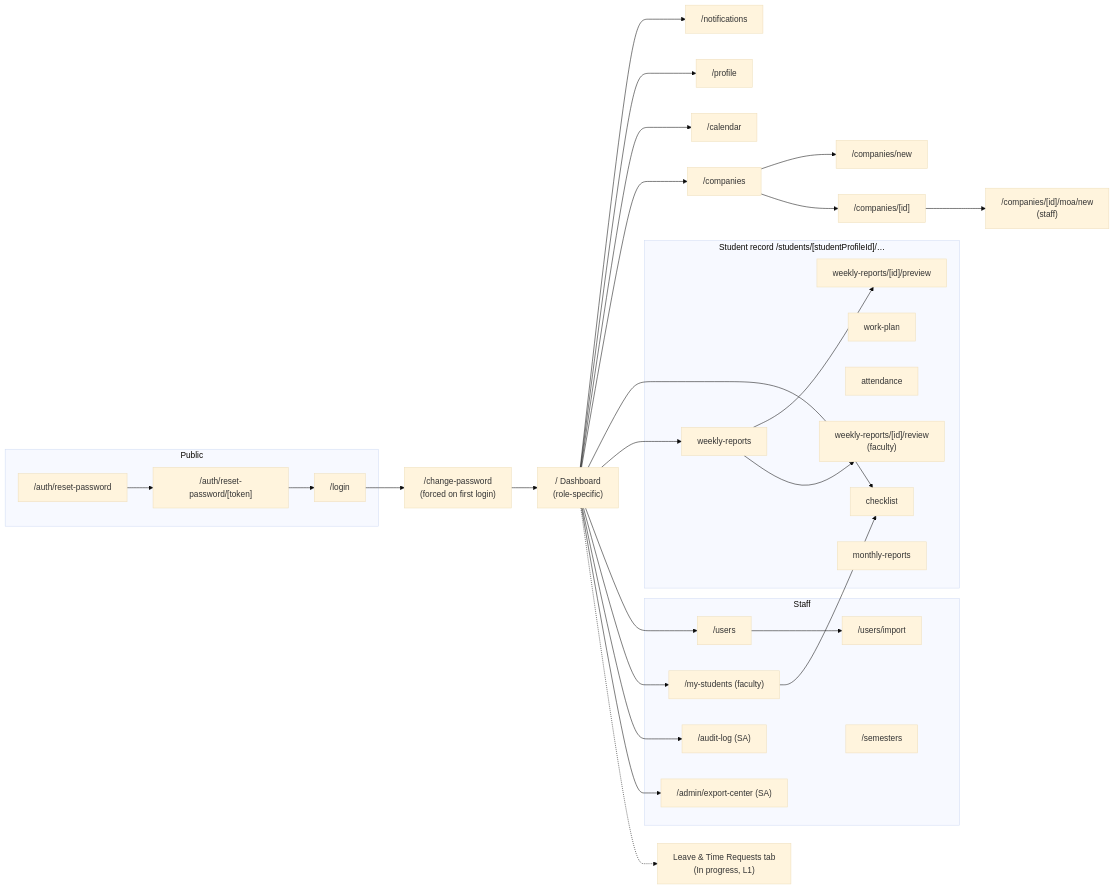
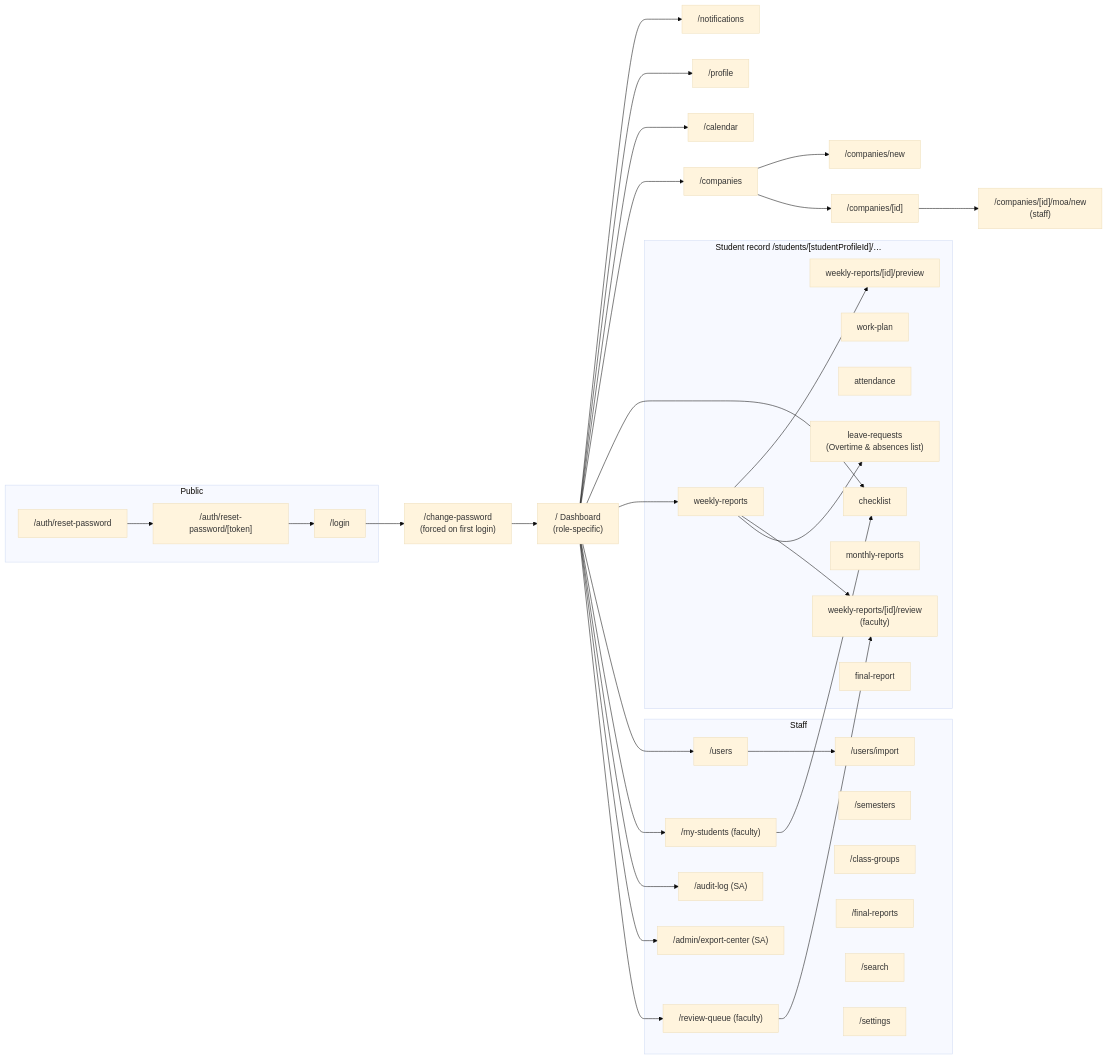
One commit to team-beacon-slu/idsms-cis changed the first of 21 diagrams in docs/system/13-app-flow.md. Above: the diagram before and after it, drawn with Mermaid (base theme). The commit also changed other lines of this file and 21 other files, not shown here.

````diff
--- a/docs/system/13-app-flow.md
+++ b/docs/system/13-app-flow.md
@@ -38,53 +47,60 @@
 ```mermaid
 graph LR
     subgraph Public
         L["/login"]
         RP["/auth/reset-password"]
         RPT["/auth/reset-password/[token]"]
     end
     CP["/change-password<br/>(forced on first login)"]
     L --> CP
     RP --> RPT --> L
     CP --> D
 
     D["/ Dashboard<br/>(role-specific)"]
     D --> N["/notifications"]
     D --> PR["/profile"]
     D --> CAL["/calendar"]
     D --> CO["/companies"]
     CO --> CON["/companies/new"]
     CO --> COI["/companies/[id]"]
     COI --> MOA["/companies/[id]/moa/new<br/>(staff)"]
 
     subgraph Student_record["Student record /students/[studentProfileId]/…"]
         SC["checklist"]
         SWP["work-plan"]
         SA["attendance"]
         SW["weekly-reports"]
         SWV["weekly-reports/[id]/preview"]
         SWR["weekly-reports/[id]/review<br/>(faculty)"]
         SM["monthly-reports"]
+        LT["leave-requests<br/>(Overtime & absences list)"]
+        FRS["final-report"]
         SW --> SWV
         SW --> SWR
+        SW --> LT
     end
     D --> SC
     D --> SW
 
     subgraph Staff
         U["/users"]
         UI["/users/import"]
         SEM["/semesters"]
         MS["/my-students (faculty)"]
         AL["/audit-log (SA)"]
         EC["/admin/export-center (SA)"]
+        CG["/class-groups"]
+        FR["/final-reports"]
+        SR["/search"]
+        SET["/settings"]
+        RQ["/review-queue (faculty)"]
         U --> UI
     end
     D --> U
     D --> MS
     MS --> SC
     D --> AL
     D --> EC
-
-    LT["Leave & Time Requests tab<br/>(In progress, L1)"]
-    D -.-> LT
+    D --> RQ
+    RQ --> SWR
 ```
````
